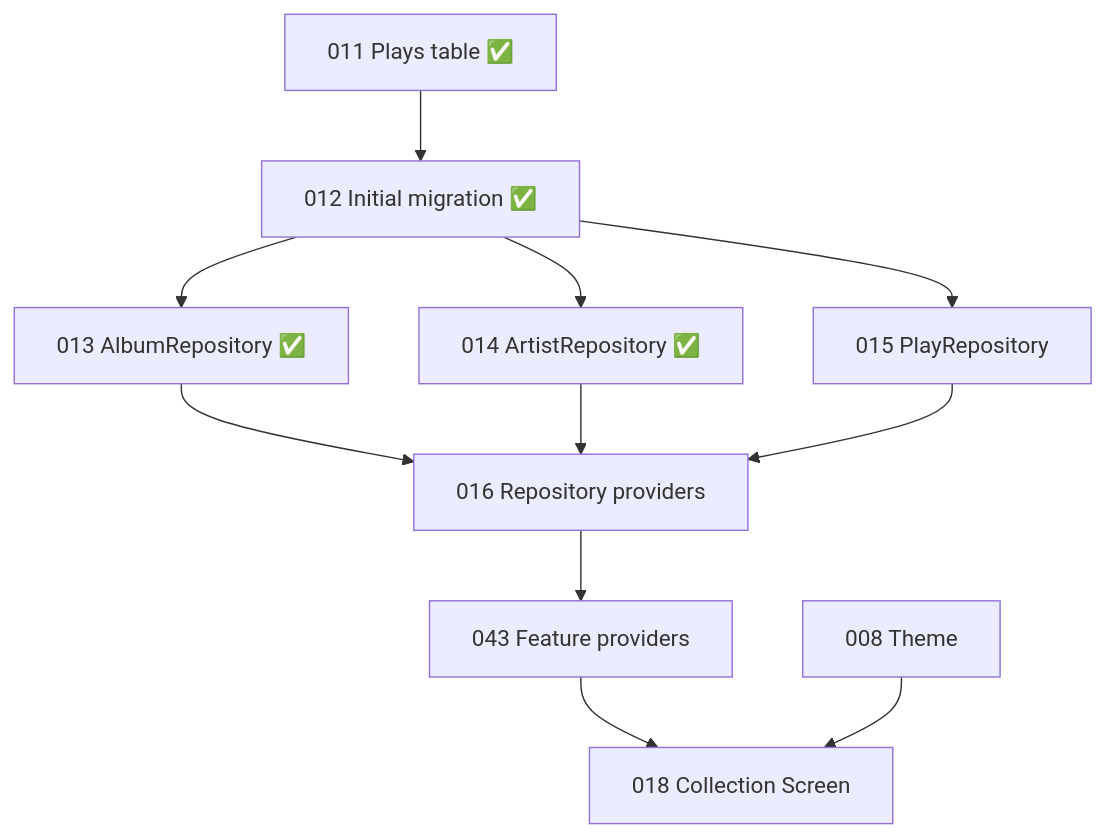
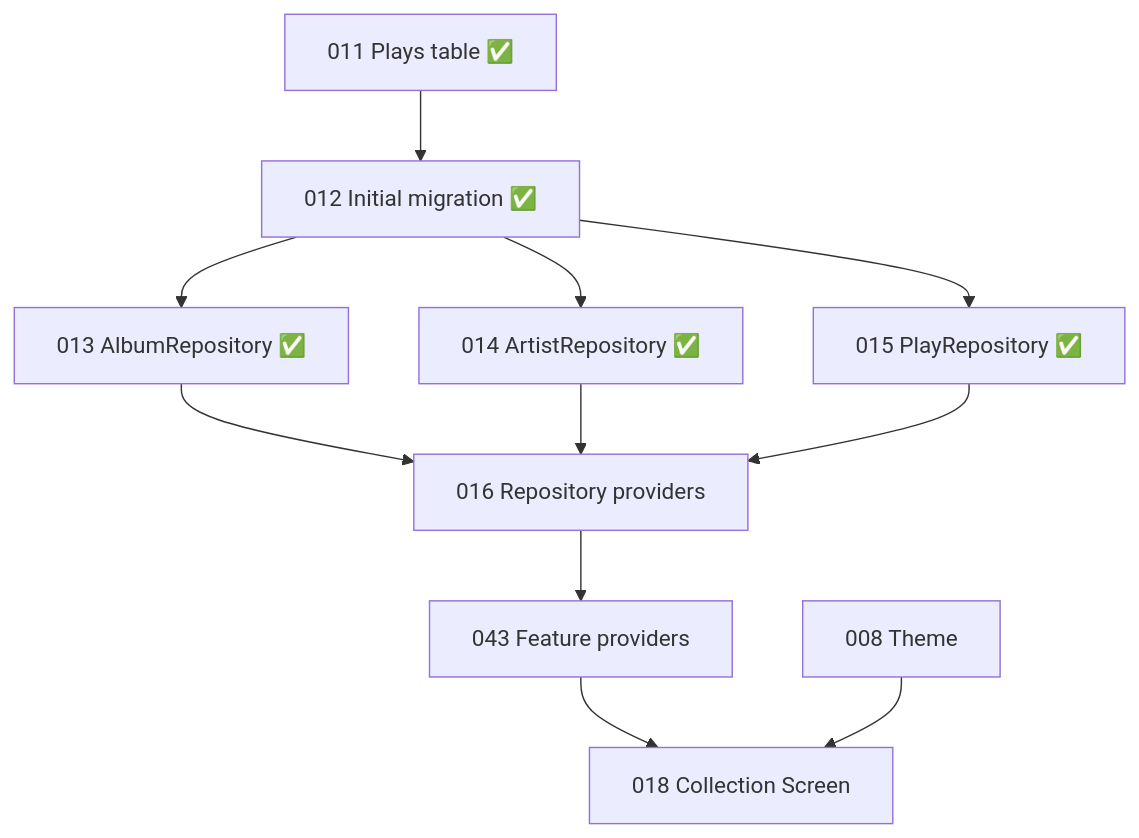
The diagram in docs/implementation-status.md (hunter-goller/Groovefolio), drawn with Mermaid before and after one commit. The commit also changed other lines of this file and 14 other files, not shown here.

First line of the commit message:
VinylApp-015: PlayRepository (#23)

````diff
--- a/docs/implementation-status.md
+++ b/docs/implementation-status.md
@@ -115,23 +114,23 @@
 ```mermaid
 flowchart TD
     P11[011 Plays table ✅]
     P12[012 Initial migration ✅]
     P13[013 AlbumRepository ✅]
     P14[014 ArtistRepository ✅]
-    P15[015 PlayRepository]
+    P15[015 PlayRepository ✅]
     P16[016 Repository providers]
     P43[043 Feature providers]
     P08[008 Theme]
     P18[018 Collection Screen]
 
     P11 --> P12
     P12 --> P13
     P12 --> P14
     P12 --> P15
     P13 --> P16
     P14 --> P16
     P15 --> P16
     P16 --> P43
     P43 --> P18
     P08 --> P18
 ```
````
